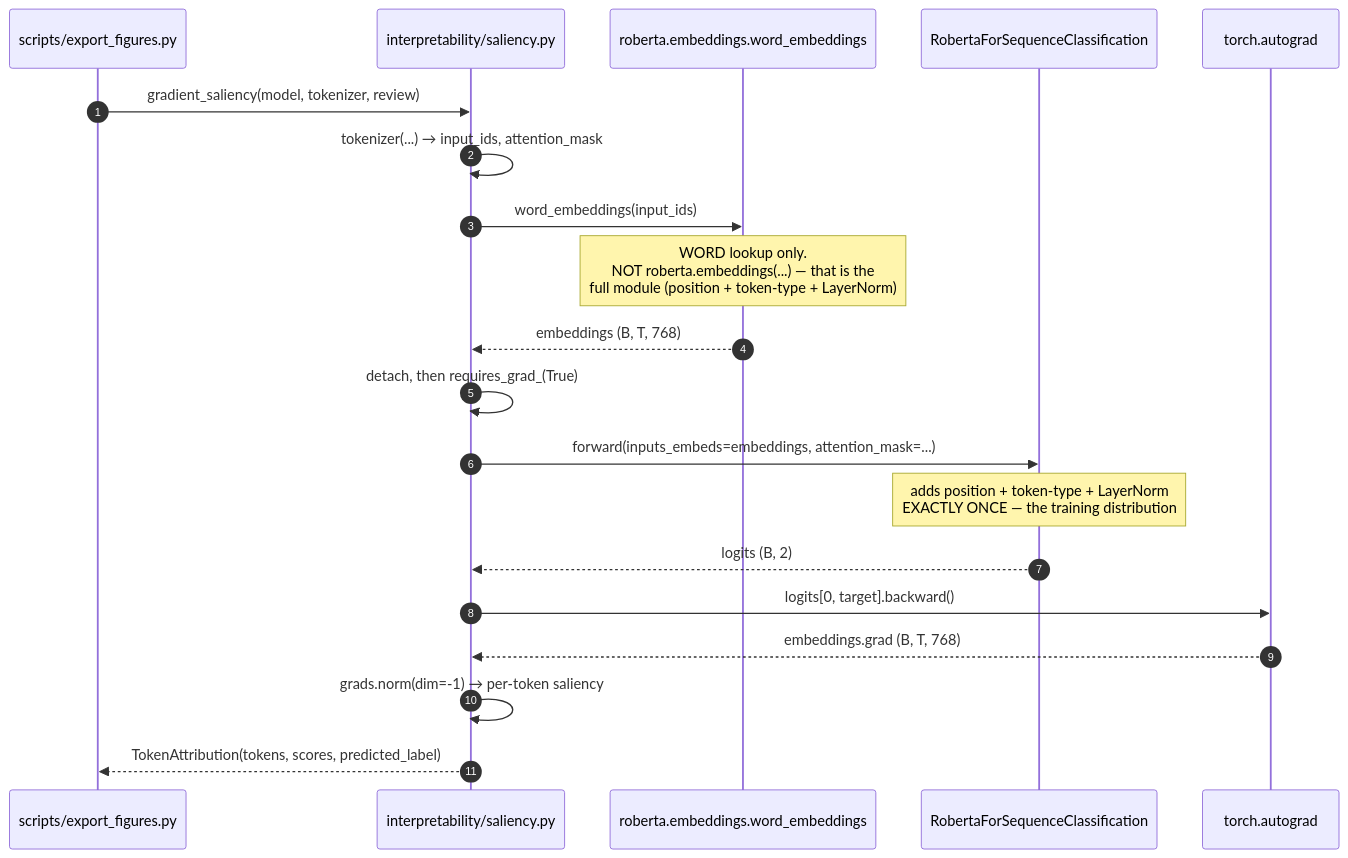
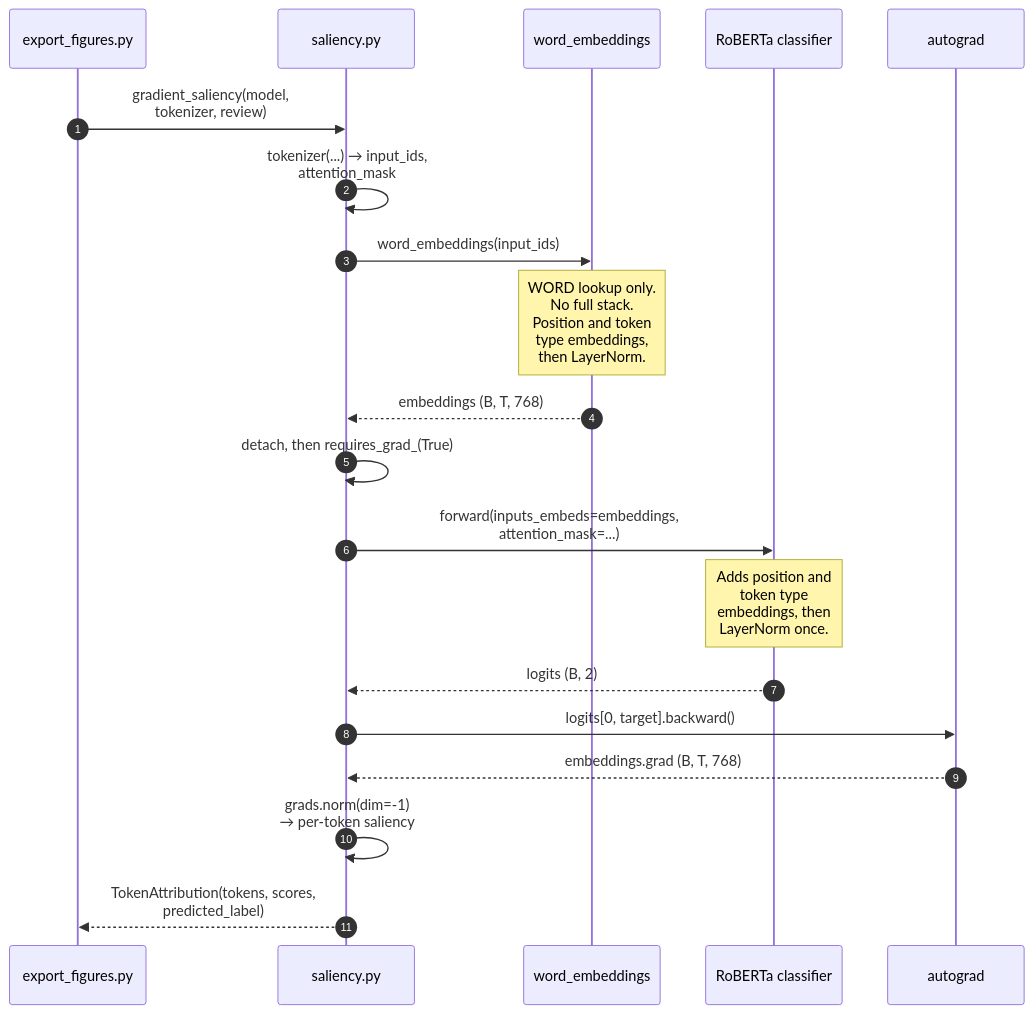
The second of 2 diagrams in docs/architecture.md (armandogon94/Sentiment-RoBERTa), drawn with Mermaid before and after one commit. The commit also changed other lines of this file and 18 other files, not shown here.

First line of the commit message:
fix(figures): move value labels off the error bars and name the saliency axis in plain words

````diff
--- a/docs/architecture.md
+++ b/docs/architecture.md
@@ -44,23 +45,24 @@
 ```mermaid
+%%{init: {'htmlLabels': false, 'fontFamily': 'arial, helvetica, sans-serif'}}%%
 sequenceDiagram
     autonumber
-    participant C as scripts/export_figures.py
-    participant S as interpretability/saliency.py
-    participant E as roberta.embeddings.word_embeddings
-    participant M as RobertaForSequenceClassification
-    participant A as torch.autograd
+    participant C as export_figures.py
+    participant S as saliency.py
+    participant E as word_embeddings
+    participant M as RoBERTa classifier
+    participant A as autograd
 
-    C->>S: gradient_saliency(model, tokenizer, review)
-    S->>S: tokenizer(...) → input_ids, attention_mask
+    C->>S: gradient_saliency(model,<br/>tokenizer, review)
+    S->>S: tokenizer(...) → input_ids,<br/>attention_mask
     S->>E: word_embeddings(input_ids)
-    Note over E: WORD lookup only.<br/>NOT roberta.embeddings(...) — that is the<br/>full module (position + token-type + LayerNorm)
+    Note over E: WORD lookup only.<br/>No full stack.<br/>Position and token<br/>type embeddings,<br/>then LayerNorm.
     E-->>S: embeddings (B, T, 768)
     S->>S: detach, then requires_grad_(True)
-    S->>M: forward(inputs_embeds=embeddings, attention_mask=...)
-    Note over M: adds position + token-type + LayerNorm<br/>EXACTLY ONCE — the training distribution
+    S->>M: forward(inputs_embeds=embeddings,<br/>attention_mask=...)
+    Note over M: Adds position and<br/>token type<br/>embeddings, then<br/>LayerNorm once.
     M-->>S: logits (B, 2)
     S->>A: logits[0, target].backward()
     A-->>S: embeddings.grad (B, T, 768)
-    S->>S: grads.norm(dim=-1) → per-token saliency
-    S-->>C: TokenAttribution(tokens, scores, predicted_label)
+    S->>S: grads.norm(dim=-1)<br/>→ per-token saliency
+    S-->>C: TokenAttribution(tokens, scores,<br/>predicted_label)
 ```
````
